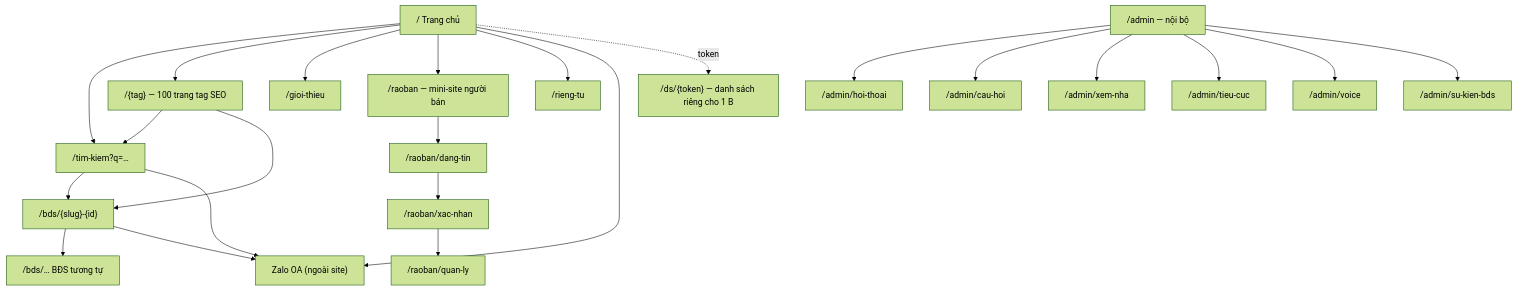
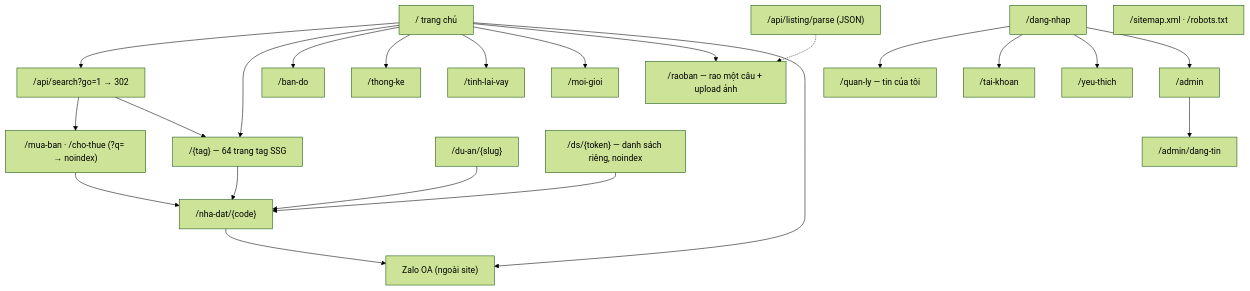
Before and after one commit to quang507/Nhadat.cc: the first of 2 diagrams in docs/04-information-architecture.md, drawn with Mermaid (forest theme). The commit also changed other lines of this file and 84 other files, not shown here.

First line of the commit message:
Đợt 02–04/09/2026: tối ưu vận hành, tin có cấu trúc, vòng CTV, dựng hết phần tài liệu có mà code chưa, dọn docs (#33)

````diff
--- a/docs/04-information-architecture.md
+++ b/docs/04-information-architecture.md
@@ -16,25 +16,24 @@
 ```mermaid
 flowchart TD
-    H["/ Trang chủ"] --> S["/tim-kiem?q=…"]
-    H --> T["/{tag} — 100 trang tag SEO"]
-    H --> AB["/gioi-thieu"]
-    H --> RB["/raoban — mini-site người bán"]
-    H --> PV["/rieng-tu"]
-    S --> DT["/bds/{slug}-{id}"]
-    T --> S
+    H["/ trang chủ"] --> API["/api/search?go=1 → 302"]
+    API --> MB["/mua-ban · /cho-thue (?q= → noindex)"]
+    API --> T["/{tag} — 64 trang tag SSG"]
+    H --> T
+    H --> BD["/ban-do"]
+    H --> TK["/thong-ke"]
+    H --> LV["/tinh-lai-vay"]
+    H --> MG["/moi-gioi"]
+    H --> RB["/raoban — rao một câu + upload ảnh"]
+    MB --> DT["/nha-dat/{code}"]
     T --> DT
-    DT --> DT2["/bds/… BĐS tương tự"]
+    DA["/du-an/{slug}"] --> DT
     DT --> ZL["Zalo OA (ngoài site)"]
-    S --> ZL
     H --> ZL
-    RB --> RB1["/raoban/dang-tin"]
-    RB1 --> RB2["/raoban/xac-nhan"]
-    RB2 --> RB3["/raoban/quan-ly"]
-    H -.token.-> DS["/ds/{token} — danh sách riêng cho 1 B"]
-    ADM["/admin — nội bộ"] --> A1["/admin/hoi-thoai"]
-    ADM --> A2["/admin/cau-hoi"]
-    ADM --> A3["/admin/xem-nha"]
-    ADM --> A4["/admin/tieu-cuc"]
-    ADM --> A5["/admin/voice"]
-    ADM --> A6["/admin/su-kien-bds"]
+    DS["/ds/{token} — danh sách riêng, noindex"] --> DT
+    DN["/dang-nhap"] --> QL["/quan-ly — tin của tôi"]
+    DN --> TKH["/tai-khoan"]
+    DN --> YT["/yeu-thich"]
+    DN --> AD["/admin"] --> ADT["/admin/dang-tin"]
+    PARSE["/api/listing/parse (JSON)"] -.-> RB
+    SM["/sitemap.xml · /robots.txt"]
 ```
````
